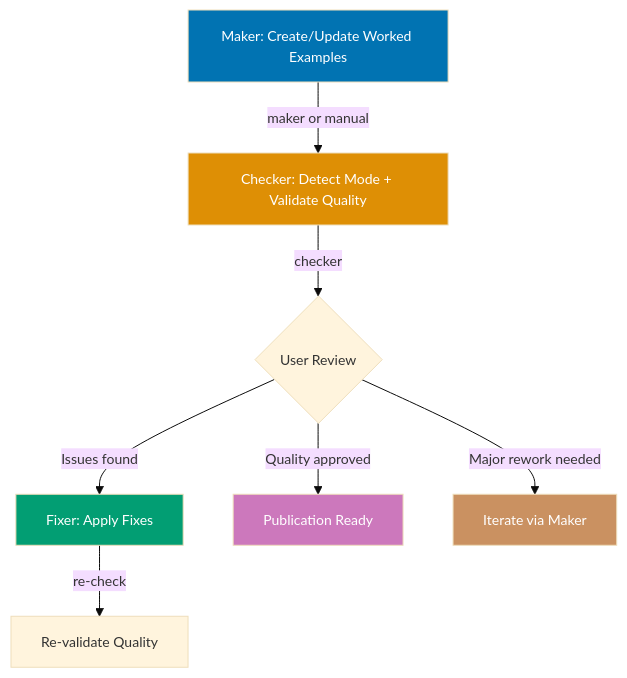
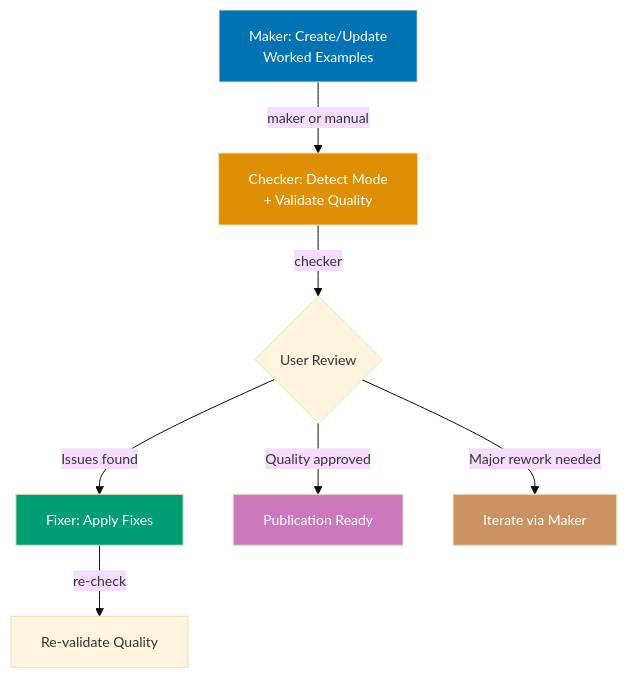
Before and after one commit to wahidyankf/baseerah: the first of 2 diagrams in repo-governance/workflows/ayokoding-web/ayokoding-web-annotated-concept-quality-gate.md, drawn with Mermaid. The commit also changed 20 other files, not shown here.

First line of the commit message:
fix(docs): remediate mermaid violations surfaced by the detect_kind fix

````diff
--- a/repo-governance/workflows/ayokoding-web/ayokoding-web-annotated-concept-quality-gate.md
+++ b/repo-governance/workflows/ayokoding-web/ayokoding-web-annotated-concept-quality-gate.md
@@ -126,16 +126,16 @@
 ```mermaid
 %%{init: {'theme':'base', 'themeVariables': { 'fontSize':'14px'}}}%%
 graph TB
-    A[Maker: Create/Update Worked Examples] -- maker or manual --> B[Checker: Detect Mode + Validate Quality]
+    A[Maker: Create/Update<br/>Worked Examples] -- maker or manual --> B[Checker: Detect Mode<br/>+ Validate Quality]
     B -- checker --> C{User Review}
     C -- Issues found --> D[Fixer: Apply Fixes]
     D -- re-check --> E[Re-validate Quality]
     C -- Quality approved --> F[Publication Ready]
     C -- Major rework needed --> G[Iterate via Maker]
 
     style A fill:#0173B2,color:#fff
     style B fill:#DE8F05,color:#fff
     style D fill:#029E73,color:#fff
     style F fill:#CC78BC,color:#fff
     style G fill:#CA9161,color:#fff
 ```
````
